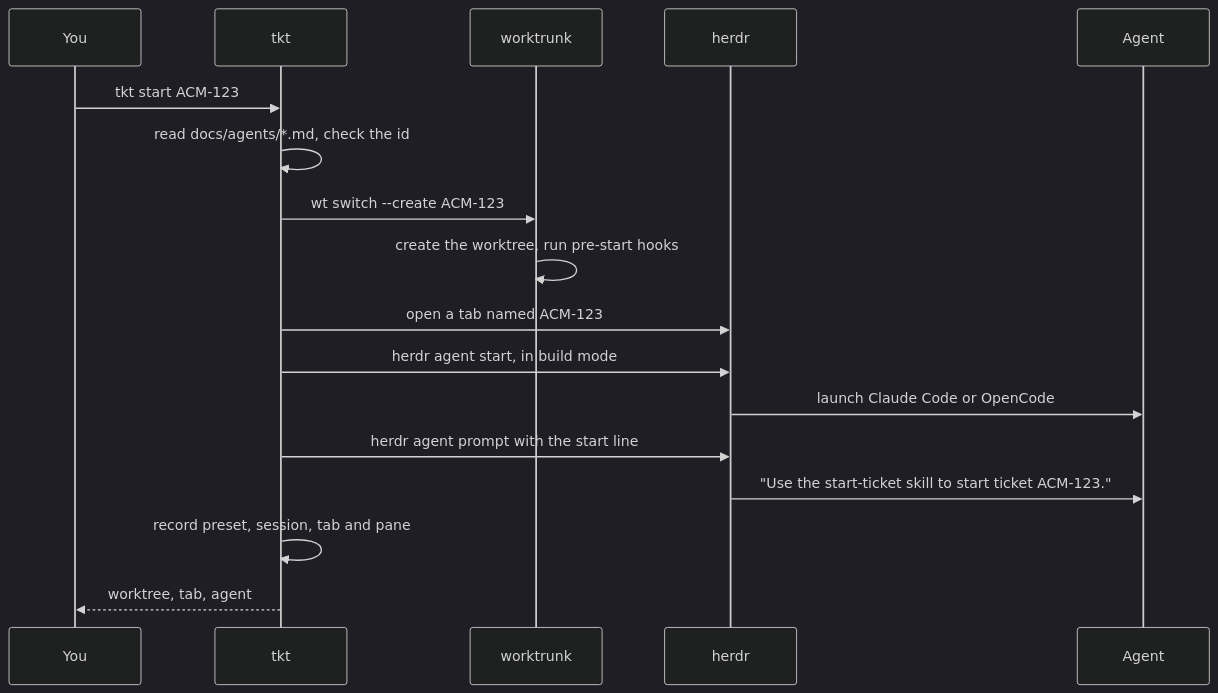
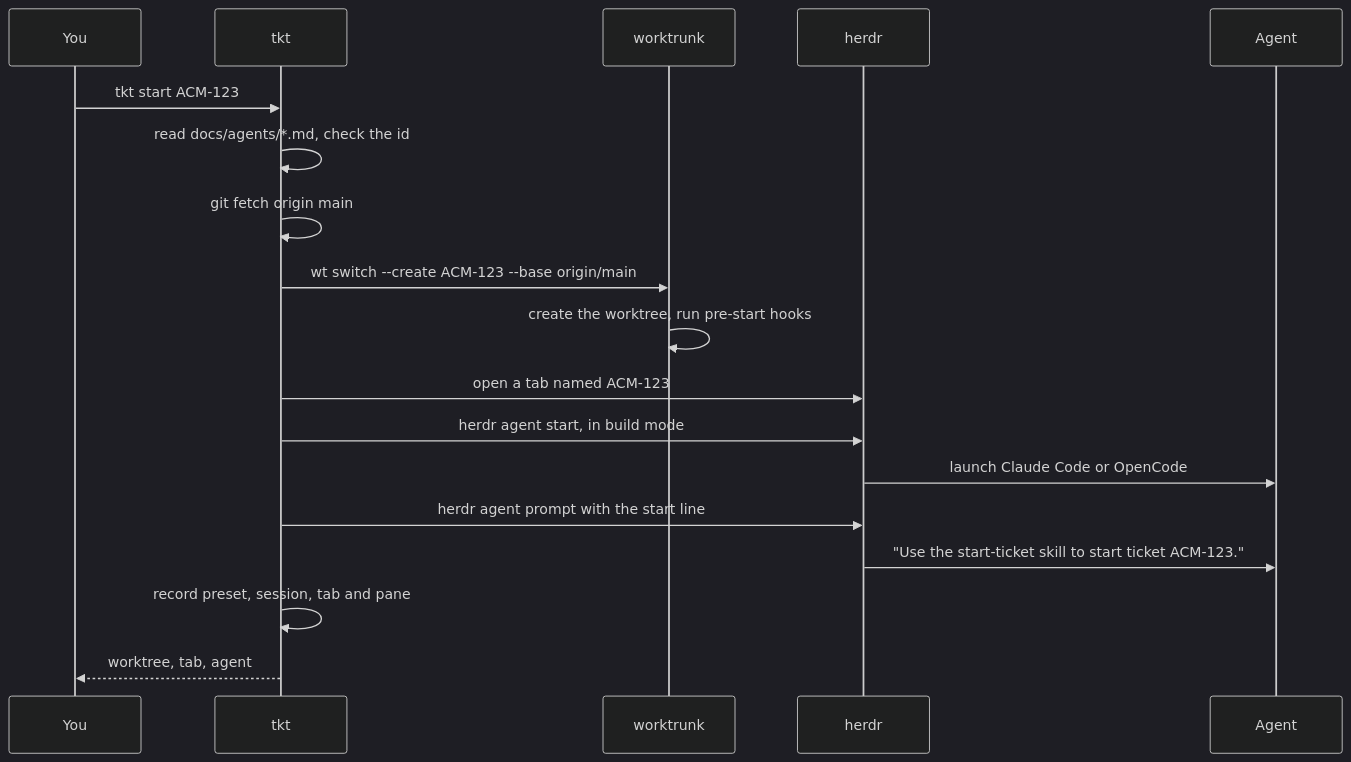
One commit to rogsme/tkt changed the third of 4 diagrams in docs/lifecycle.md. Above: the diagram before and after it, drawn with Mermaid (dark theme). The commit also changed other lines of this file and 11 other files, not shown here.

````diff
--- a/docs/lifecycle.md
+++ b/docs/lifecycle.md
@@ -112,19 +112,20 @@
 ```mermaid
 sequenceDiagram
   participant you as You
   participant tkt
   participant wt as worktrunk
   participant herdr
   participant agent as Agent
   you->>tkt: tkt start ACM-123
   tkt->>tkt: read docs/agents/*.md, check the id
-  tkt->>wt: wt switch --create ACM-123
+  tkt->>tkt: git fetch origin main
+  tkt->>wt: wt switch --create ACM-123 --base origin/main
   wt->>wt: create the worktree, run pre-start hooks
   tkt->>herdr: open a tab named ACM-123
   tkt->>herdr: herdr agent start, in build mode
   herdr->>agent: launch Claude Code or OpenCode
   tkt->>herdr: herdr agent prompt with the start line
   herdr->>agent: "Use the start-ticket skill to start ticket ACM-123."
   tkt->>tkt: record preset, session, tab and pane
   tkt-->>you: worktree, tab, agent
 ```
````
